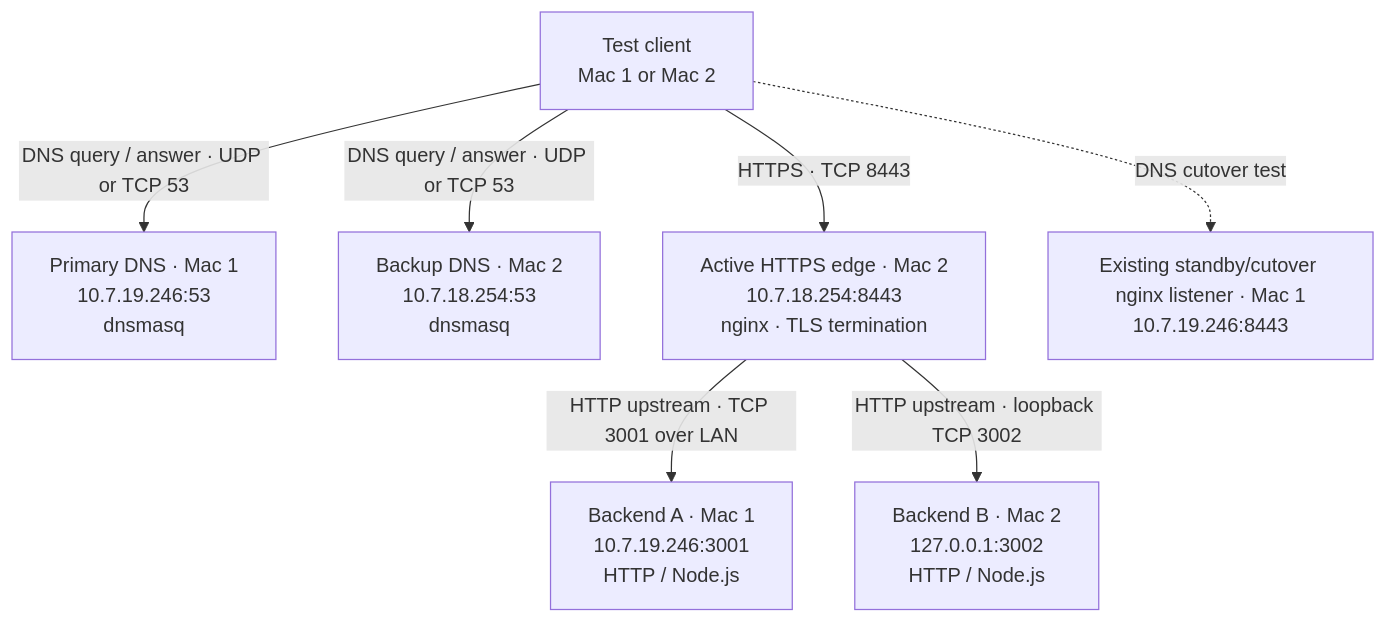
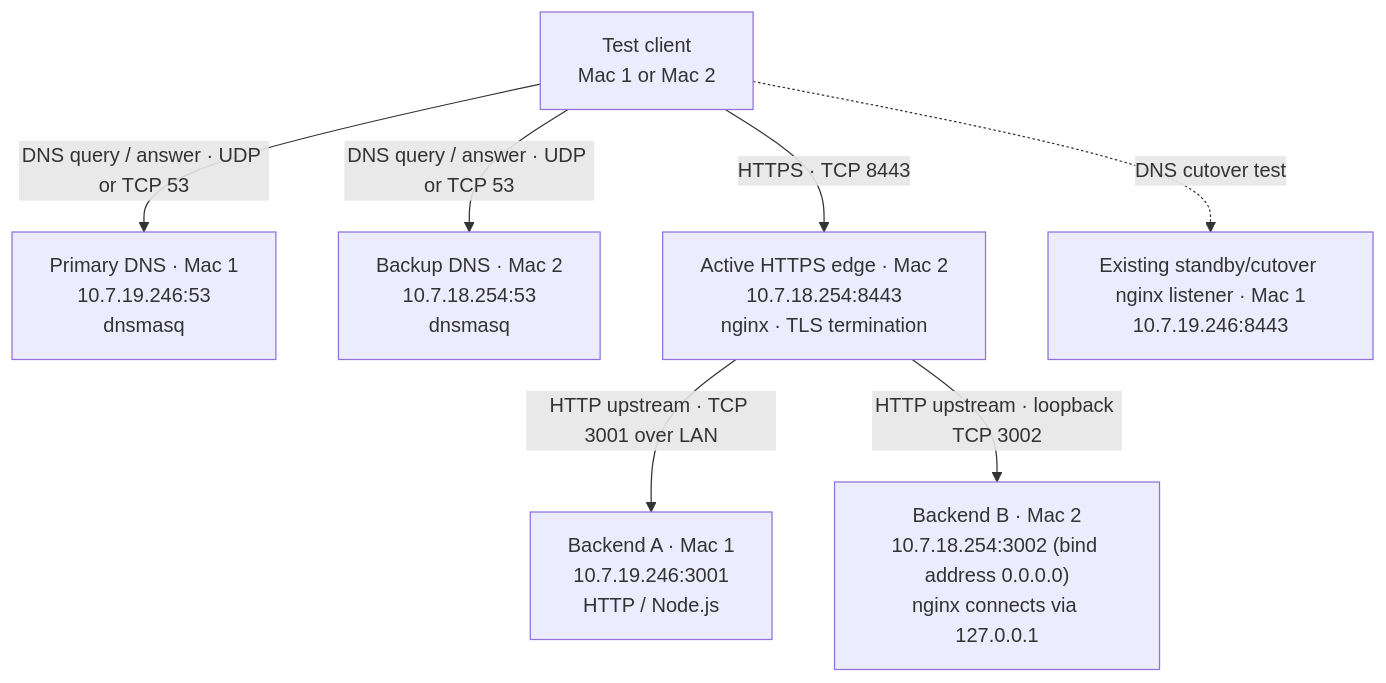
Before and after one commit to ShivanshTIwaRISS/CN_Project: the diagram in README.md, drawn with Mermaid. The commit also changed other lines of this file, not shown here.

First line of the commit message:
Clarify Backend B binding and update DNS details

````diff
--- a/README.md
+++ b/README.md
@@ -84,17 +84,17 @@
 ```mermaid
 flowchart TB
     C["Test client\nMac 1 or Mac 2"]
     D1["Primary DNS · Mac 1\n10.7.19.246:53\ndnsmasq"]
     D2["Backup DNS · Mac 2\n10.7.18.254:53\ndnsmasq"]
     E["Active HTTPS edge · Mac 2\n10.7.18.254:8443\nnginx · TLS termination"]
     A["Backend A · Mac 1\n10.7.19.246:3001\nHTTP / Node.js"]
-    B["Backend B · Mac 2\n127.0.0.1:3002\nHTTP / Node.js"]
+    B["Backend B · Mac 2\n10.7.18.254:3002 (bind address 0.0.0.0)\nnginx connects via 127.0.0.1"]
     S["Existing standby/cutover nginx listener · Mac 1\n10.7.19.246:8443"]
 
     C -->|DNS query / answer · UDP or TCP 53| D1
     C -->|DNS query / answer · UDP or TCP 53| D2
     C -->|HTTPS · TCP 8443| E
     E -->|HTTP upstream · TCP 3001 over LAN| A
     E -->|HTTP upstream · loopback TCP 3002| B
     C -.->|DNS cutover test| S
 ```
````
